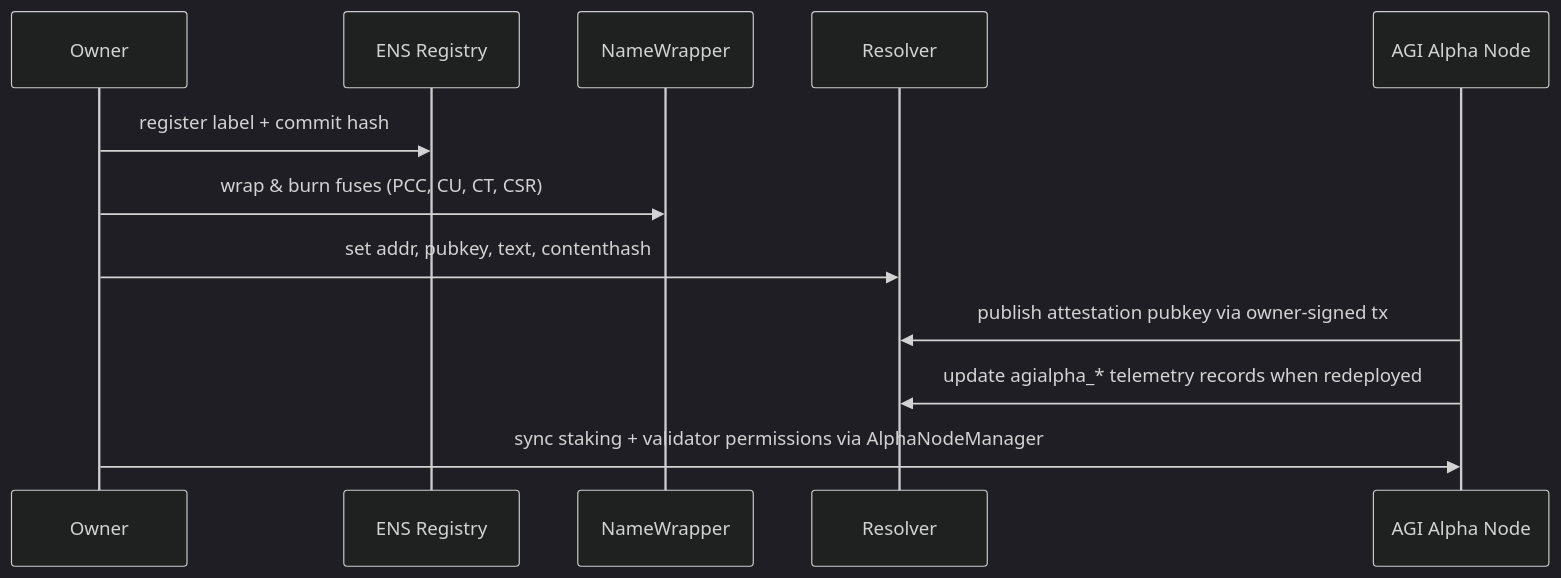
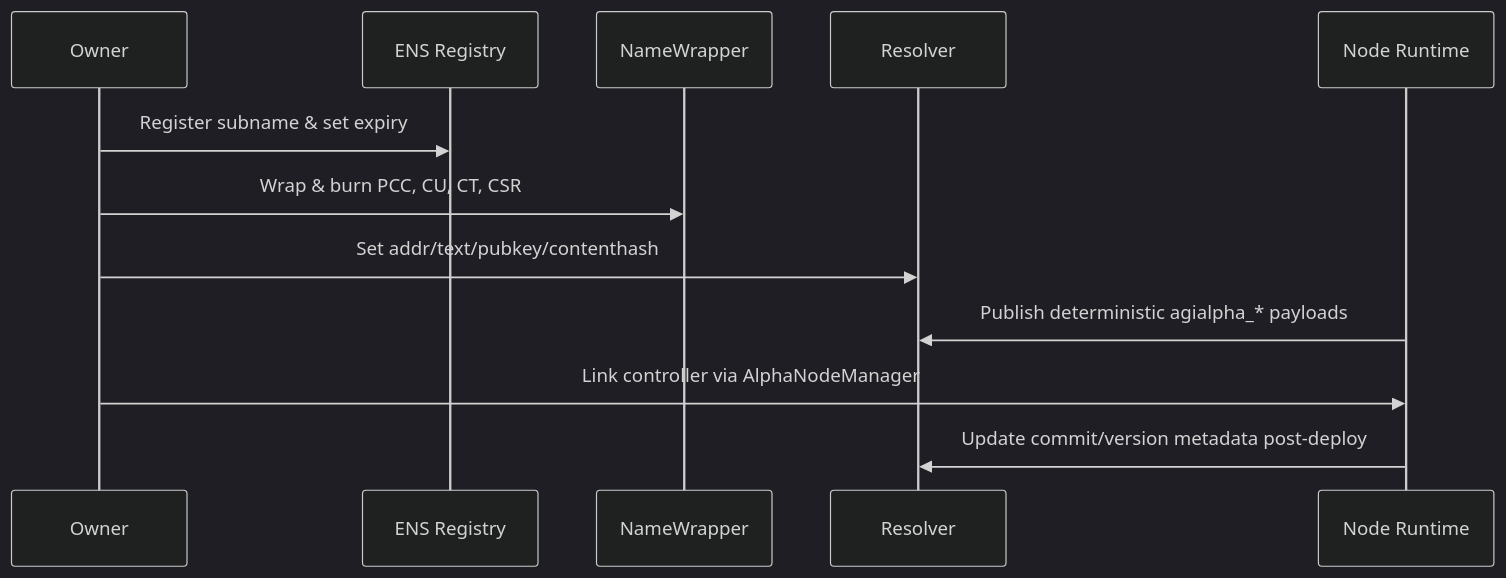
The second of 4 diagrams in docs/ens-identity-and-node-attestation-v0.0.1-alpha.md (MontrealAI/AGI-Alpha-Node-v0), drawn with Mermaid (dark theme) before and after one commit. The commit also changed other lines of this file and 1 other file, not shown here.

Commit message:
Refresh ENS attestation spec and highlight sovereign runtime

````diff
--- a/docs/ens-identity-and-node-attestation-v0.0.1-alpha.md
+++ b/docs/ens-identity-and-node-attestation-v0.0.1-alpha.md
@@ -115,15 +169,15 @@
 ```mermaid
 sequenceDiagram
   participant Owner
   participant Registry as ENS Registry
   participant Wrapper as NameWrapper
   participant Resolver
-  participant Runtime as AGI Alpha Node
+  participant Runtime as Node Runtime
 
-  Owner->>Registry: register label + commit hash
-  Owner->>Wrapper: wrap & burn fuses (PCC, CU, CT, CSR)
-  Owner->>Resolver: set addr, pubkey, text, contenthash
-  Runtime->>Resolver: publish attestation pubkey via owner-signed tx
-  Runtime->>Resolver: update agialpha_* telemetry records when redeployed
-  Owner->>Runtime: sync staking + validator permissions via AlphaNodeManager
+  Owner->>Registry: Register subname & set expiry
+  Owner->>Wrapper: Wrap & burn PCC, CU, CT, CSR
+  Owner->>Resolver: Set addr/text/pubkey/contenthash
+  Runtime->>Resolver: Publish deterministic agialpha_* payloads
+  Owner->>Runtime: Link controller via AlphaNodeManager
+  Runtime->>Resolver: Update commit/version metadata post-deploy
 ```
````
